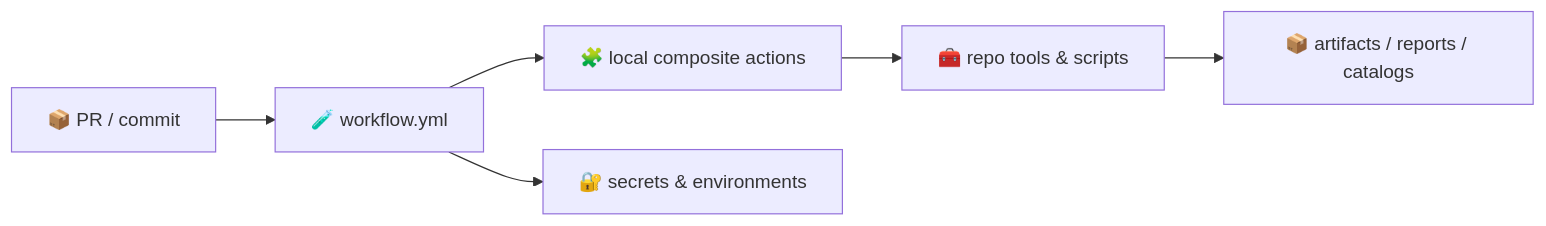
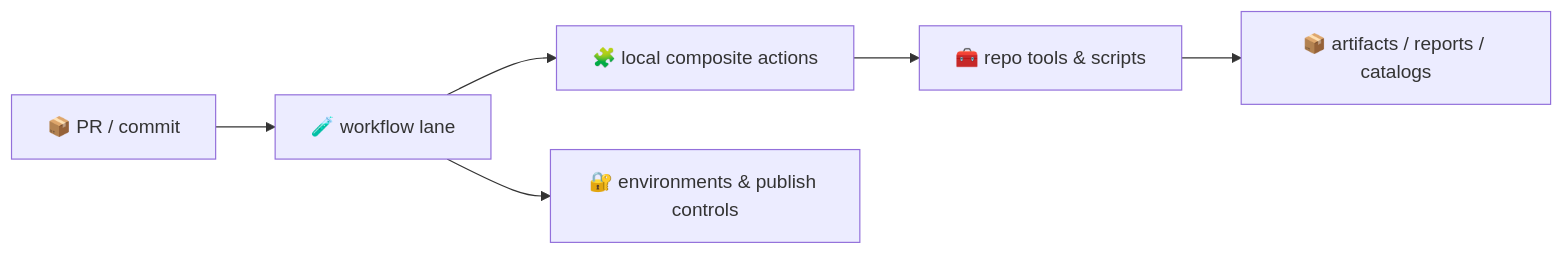
The first of 2 diagrams in .github/actions/README.md (bartytime4life/Kansas-Frontier-Matrix), drawn with Mermaid before and after one commit. The commit also changed other lines of this file, not shown here.

````diff
--- a/.github/actions/README.md
+++ b/.github/actions/README.md
@@ -105,8 +113,8 @@
 ```mermaid
 flowchart LR
-  PR[📦 PR / commit] --> WF[🧪 workflow.yml]
+  PR[📦 PR / commit] --> WF[🧪 workflow lane]
   WF --> ACT[🧩 local composite actions]
   ACT --> TOOLS[🧰 repo tools & scripts]
   TOOLS --> OUT[📦 artifacts / reports / catalogs]
-  WF --> ENV[🔐 secrets & environments]
+  WF --> ENV[🔐 environments & publish controls]
 ```
````
